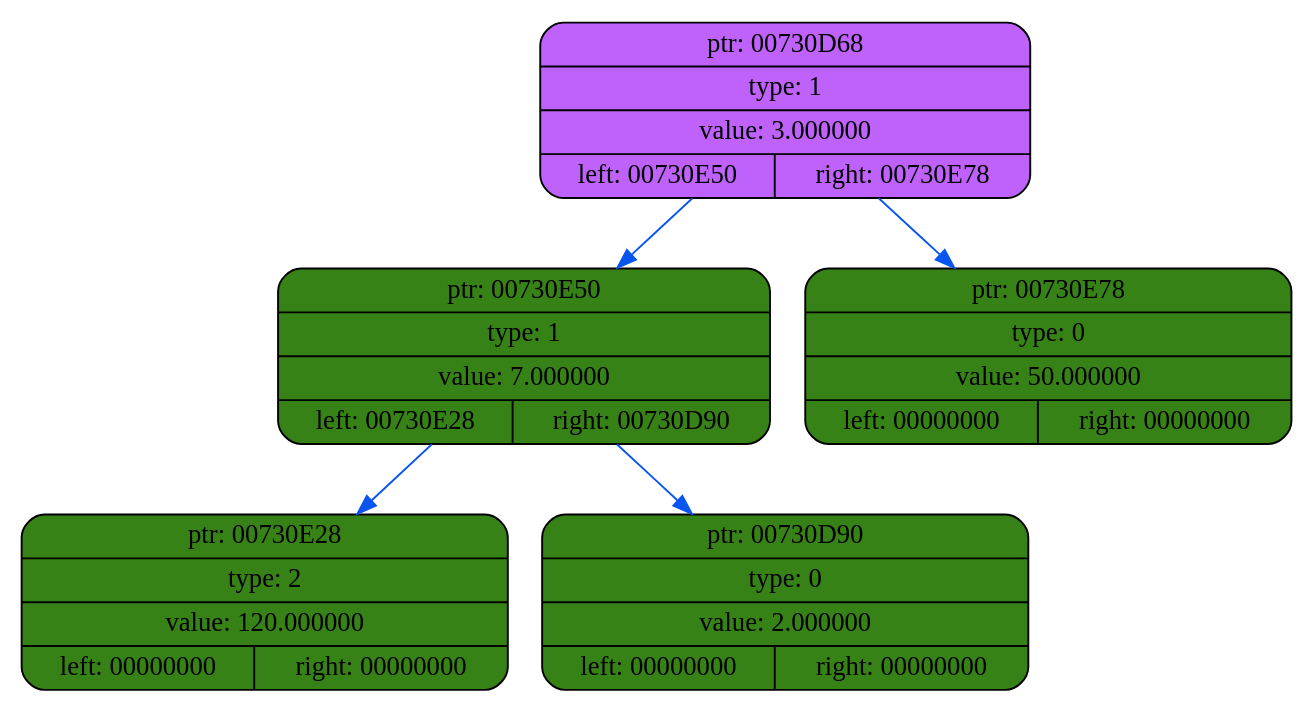
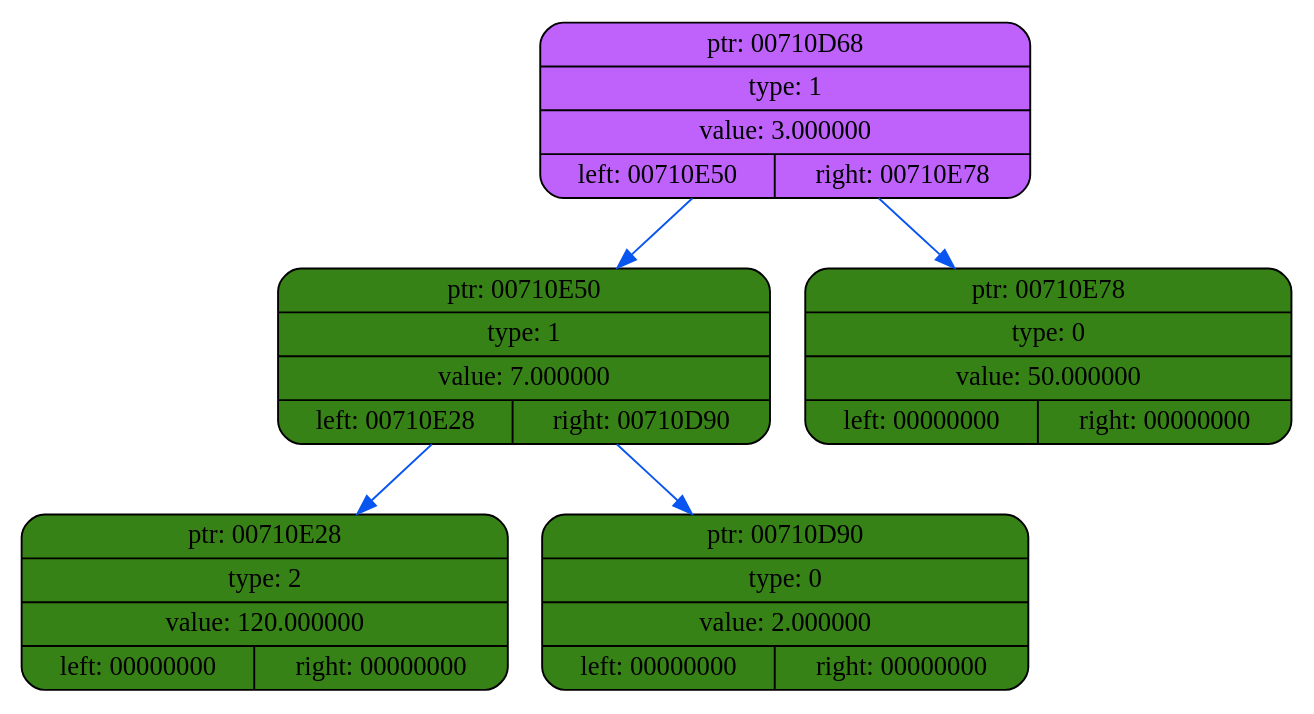
Before and after one commit to coffee8cat/differentiator: the diagram in dump/dump5.dot, drawn with Graphviz. The commit also changed 21 other files, not shown here.

```diff
--- a/dump/dump5.dot
+++ b/dump/dump5.dot
@@ -1,14 +1,14 @@
 digraph
 {
     rankdir=TP
 
-        node00730D68[shape=record,style="rounded,filled",fillcolor="#BF62FC",label="{ ptr: 00730D68 | type: 1 | value: 3.000000| { left: 00730E50 | right: 00730E78 }}"];
-    node00730D68 -> node00730E50[color="#0855F0"]
-    node00730E50[shape=record,style="rounded,filled",fillcolor="#378217",label="{ ptr: 00730E50 | type: 1 | value: 7.000000| { left: 00730E28 | right: 00730D90 }}"];
-    node00730E50 -> node00730E28[color="#0855F0"]
-    node00730E28[shape=record,style="rounded,filled",fillcolor="#378217",label="{ ptr: 00730E28 | type: 2 | value: 120.000000| { left: 00000000 | right: 00000000 }}"];
-    node00730E50 -> node00730D90[color="#0855F0"]
-    node00730D90[shape=record,style="rounded,filled",fillcolor="#378217",label="{ ptr: 00730D90 | type: 0 | value: 2.000000| { left: 00000000 | right: 00000000 }}"];
-    node00730D68 -> node00730E78[color="#0855F0"]
-    node00730E78[shape=record,style="rounded,filled",fillcolor="#378217",label="{ ptr: 00730E78 | type: 0 | value: 50.000000| { left: 00000000 | right: 00000000 }}"];
+        node00710D68[shape=record,style="rounded,filled",fillcolor="#BF62FC",label="{ ptr: 00710D68 | type: 1 | value: 3.000000| { left: 00710E50 | right: 00710E78 }}"];
+    node00710D68 -> node00710E50[color="#0855F0"]
+    node00710E50[shape=record,style="rounded,filled",fillcolor="#378217",label="{ ptr: 00710E50 | type: 1 | value: 7.000000| { left: 00710E28 | right: 00710D90 }}"];
+    node00710E50 -> node00710E28[color="#0855F0"]
+    node00710E28[shape=record,style="rounded,filled",fillcolor="#378217",label="{ ptr: 00710E28 | type: 2 | value: 120.000000| { left: 00000000 | right: 00000000 }}"];
+    node00710E50 -> node00710D90[color="#0855F0"]
+    node00710D90[shape=record,style="rounded,filled",fillcolor="#378217",label="{ ptr: 00710D90 | type: 0 | value: 2.000000| { left: 00000000 | right: 00000000 }}"];
+    node00710D68 -> node00710E78[color="#0855F0"]
+    node00710E78[shape=record,style="rounded,filled",fillcolor="#378217",label="{ ptr: 00710E78 | type: 0 | value: 50.000000| { left: 00000000 | right: 00000000 }}"];
 }
```
